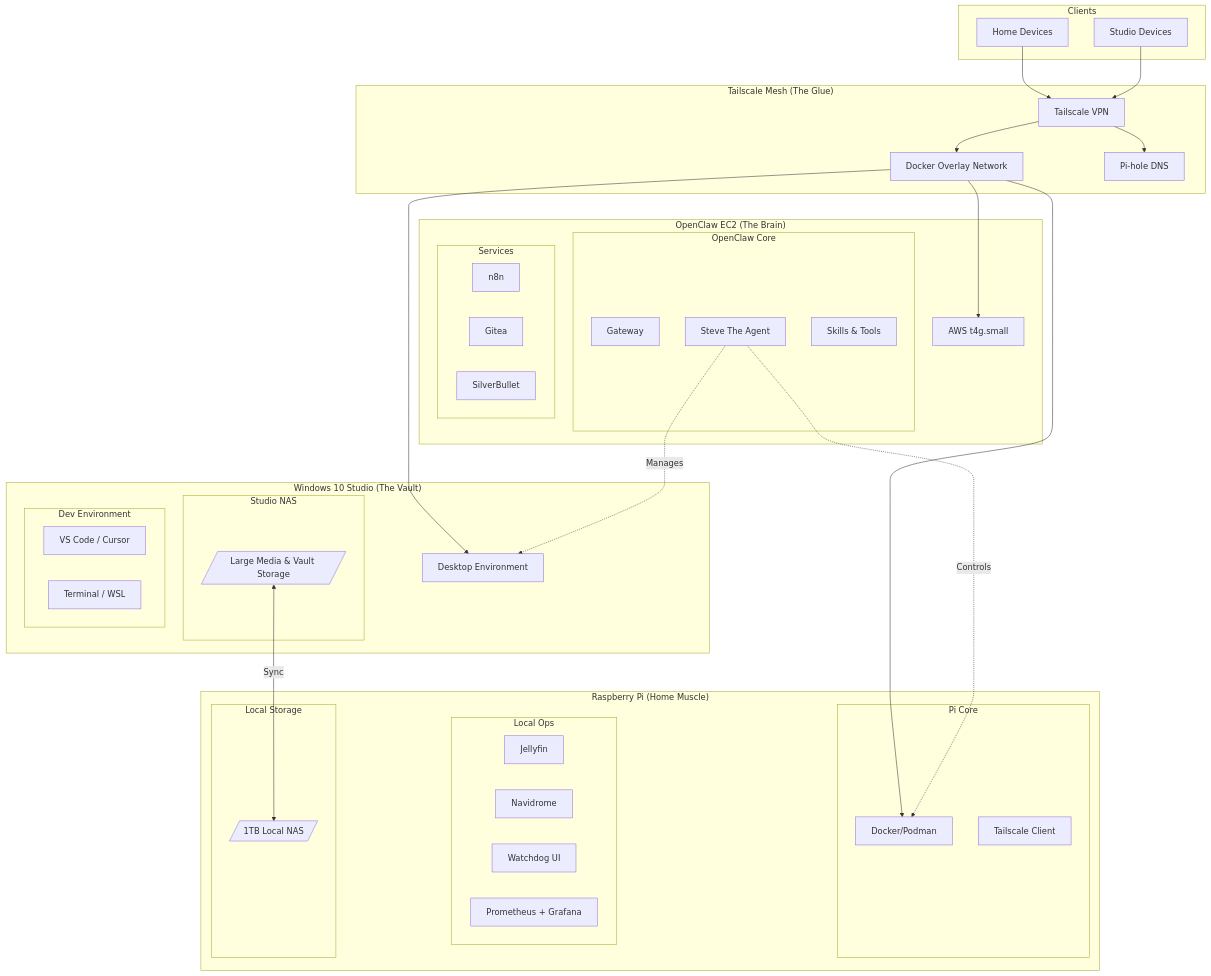
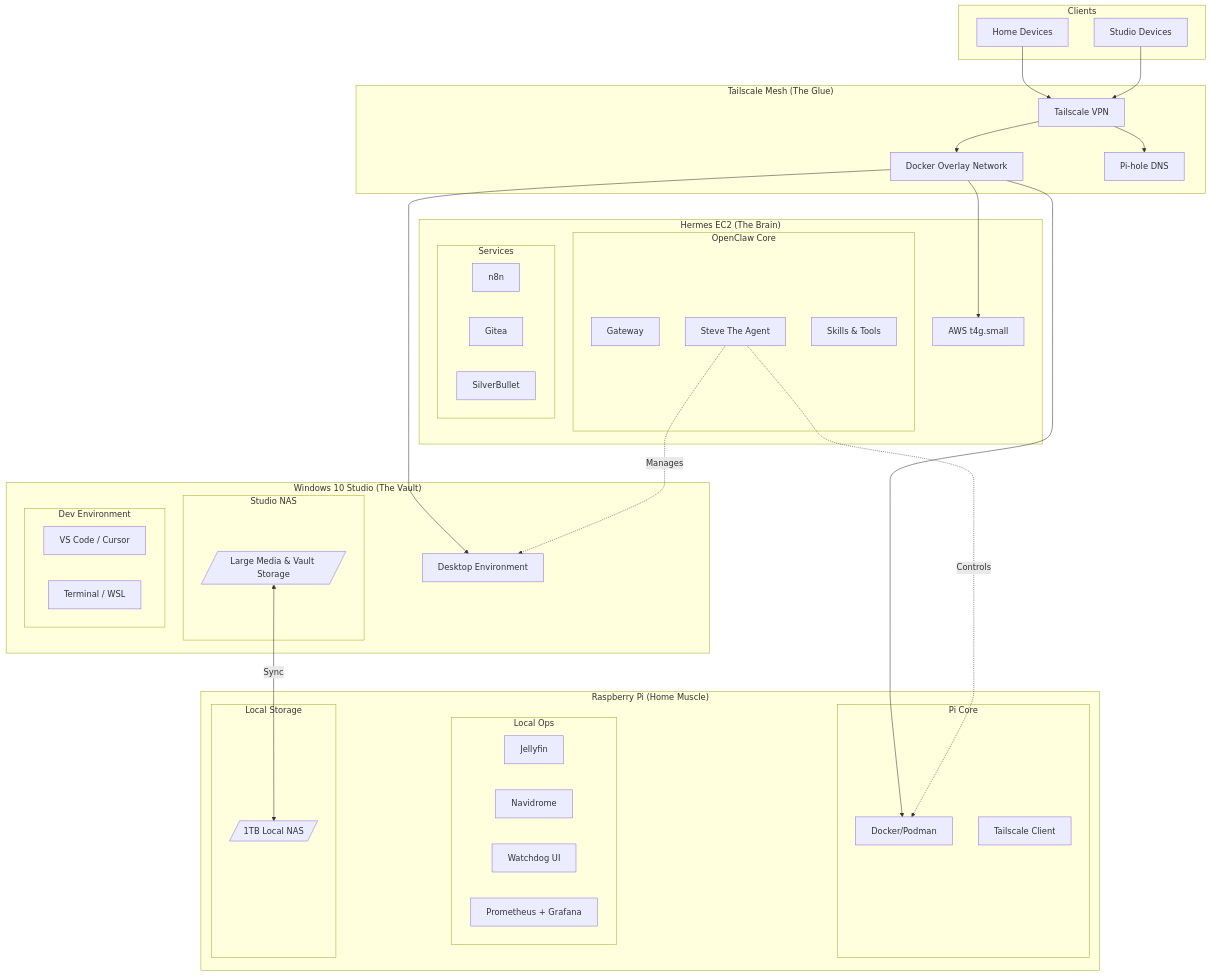
Before and after one commit to MKMithun2806/MKMithun2806: the diagram in README.md, drawn with Mermaid. The commit also changed other lines of this file, not shown here.

````diff
--- a/README.md
+++ b/README.md
@@ -170,61 +144,61 @@
 ```mermaid
 flowchart TB
     subgraph Clients
     A[Home Devices]
     B[Studio Devices]
     end
     subgraph Network_Fabric["Tailscale Mesh (The Glue)"]
     TS[Tailscale VPN]
     SWARM_NET[Docker Overlay Network]
     DNS[Pi-hole DNS]
     end
     A --> TS
     B --> TS
     TS --> DNS
-    subgraph OpenClaw_EC2["OpenClaw EC2 (The Brain)"]
+    subgraph OpenClaw_EC2["Hermes EC2 (The Brain)"]
         EC2_AWS["AWS t4g.small"]
         subgraph OPENCLAW_CORE[OpenClaw Core]
             OC_GATEWAY[Gateway]
             OC_AGENT[Steve The Agent]
             OC_SKILLS[Skills & Tools]
         end
         subgraph EC2_SERVICES[Services]
             N8N_EC2[n8n]
             GITEA_EC2[Gitea]
             SILVER_EC2[SilverBullet]
         end
     end
     subgraph Raspberry_Pi["Raspberry Pi (Home Muscle)"]
         subgraph PI_CORE[Pi Core]
             PI_DOCKER[Docker/Podman]
             PI_TAIL[Tailscale Client]
         end
         subgraph HOME_SERVICES[Local Ops]
             JELLY[Jellyfin]
             NAVI[Navidrome]
             WATCHDOG[Watchdog UI]
             GRAFANA[Prometheus + Grafana]
         end
         subgraph PI_STORAGE[Local Storage]
             NAS_1TB[/"1TB Local NAS"/]
         end
     end
     subgraph Windows_Studio["Windows 10 Studio (The Vault)"]
         WIN_DESK[Desktop Environment]
         subgraph WIN_STORAGE[Studio NAS]
             WIN_NAS[/"Large Media & Vault Storage"/]
         end
         subgraph DEV_TOOLS[Dev Environment]
             VS_CODE[VS Code / Cursor]
             TERM[Terminal / WSL]
         end
     end
     %% Connections
     TS --> SWARM_NET
     SWARM_NET --> EC2_AWS
     SWARM_NET --> PI_DOCKER
     SWARM_NET --> WIN_DESK
     OC_AGENT -.->|Controls| PI_DOCKER
     OC_AGENT -.->|Manages| WIN_DESK
     WIN_NAS <-->|Sync| NAS_1TB
 ```
````
